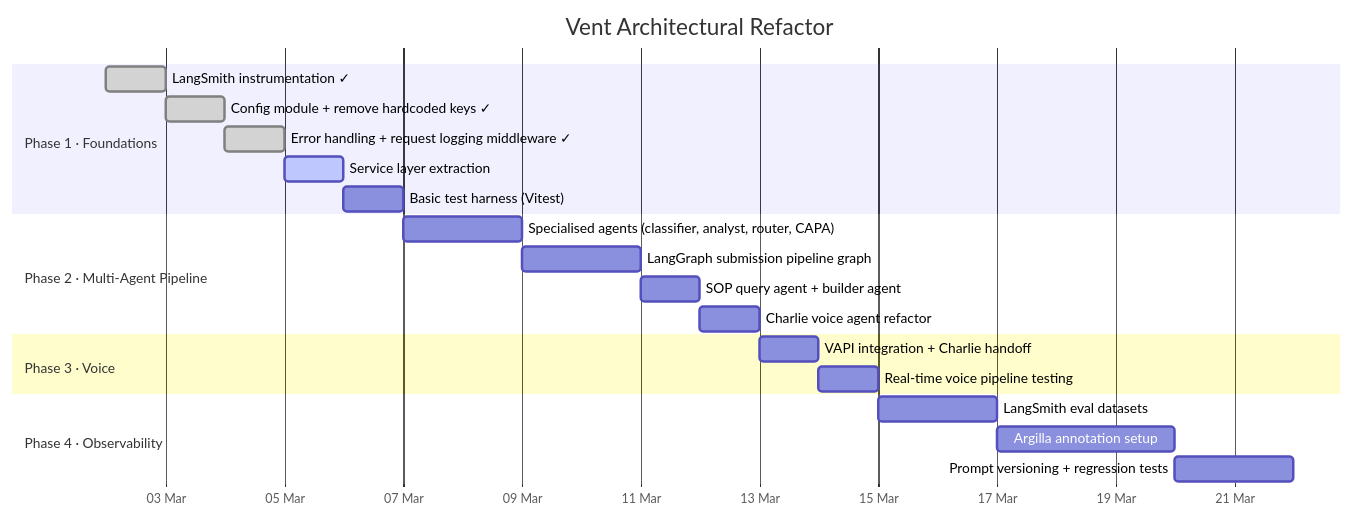
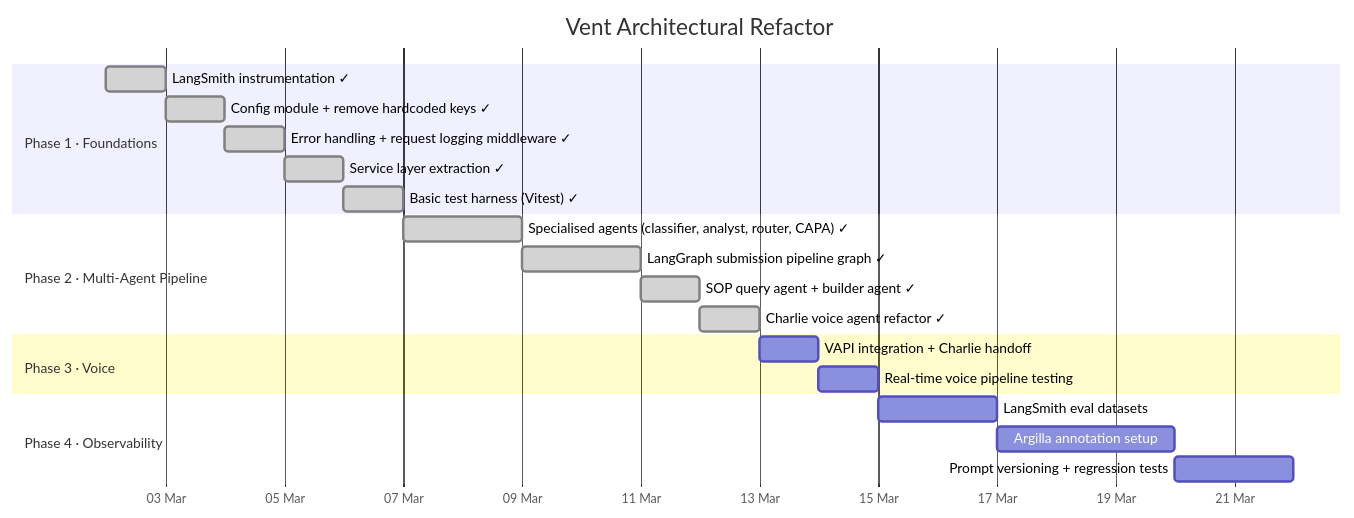
One commit to Doherd33/vent changed the first of 2 diagrams in project/ROADMAP.md. Above: the diagram before and after it, drawn with Mermaid. The commit also changed 6 other files, not shown here.

First line of the commit message:
Phase 2d: Charlie voice agent refactor + voice service

````diff
--- a/project/ROADMAP.md
+++ b/project/ROADMAP.md
@@ -10,28 +10,28 @@
 ```mermaid
 gantt
     title Vent Architectural Refactor
     dateFormat  YYYY-MM-DD
     axisFormat  %d %b
 
     section Phase 1 · Foundations
     LangSmith instrumentation ✓        :done, p1a, 2026-03-02, 1d
     Config module + remove hardcoded keys ✓ :done, p1b, after p1a, 1d
     Error handling + request logging middleware ✓ :done, p1d, after p1b, 1d
-    Service layer extraction           :active, p1c, after p1d, 1d
-    Basic test harness (Vitest)        :p1e, after p1c, 1d
+    Service layer extraction ✓         :done, p1c, after p1d, 1d
+    Basic test harness (Vitest) ✓      :done, p1e, after p1c, 1d
 
     section Phase 2 · Multi-Agent Pipeline
-    Specialised agents (classifier, analyst, router, CAPA) :p2a, after p1e, 2d
-    LangGraph submission pipeline graph :p2b, after p2a, 2d
-    SOP query agent + builder agent    :p2c, after p2b, 1d
-    Charlie voice agent refactor       :p2d, after p2c, 1d
+    Specialised agents (classifier, analyst, router, CAPA) ✓ :done, p2a, after p1e, 2d
+    LangGraph submission pipeline graph ✓ :done, p2b, after p2a, 2d
+    SOP query agent + builder agent ✓  :done, p2c, after p2b, 1d
+    Charlie voice agent refactor ✓     :done, p2d, after p2c, 1d
 
     section Phase 3 · Voice
     VAPI integration + Charlie handoff  :p3a, after p2d, 1d
     Real-time voice pipeline testing    :p3b, after p3a, 1d
 
     section Phase 4 · Observability
     LangSmith eval datasets            :p4a, after p3b, 2d
     Argilla annotation setup           :p4b, after p4a, 3d
     Prompt versioning + regression tests :p4c, after p4b, 2d
 ```
````
